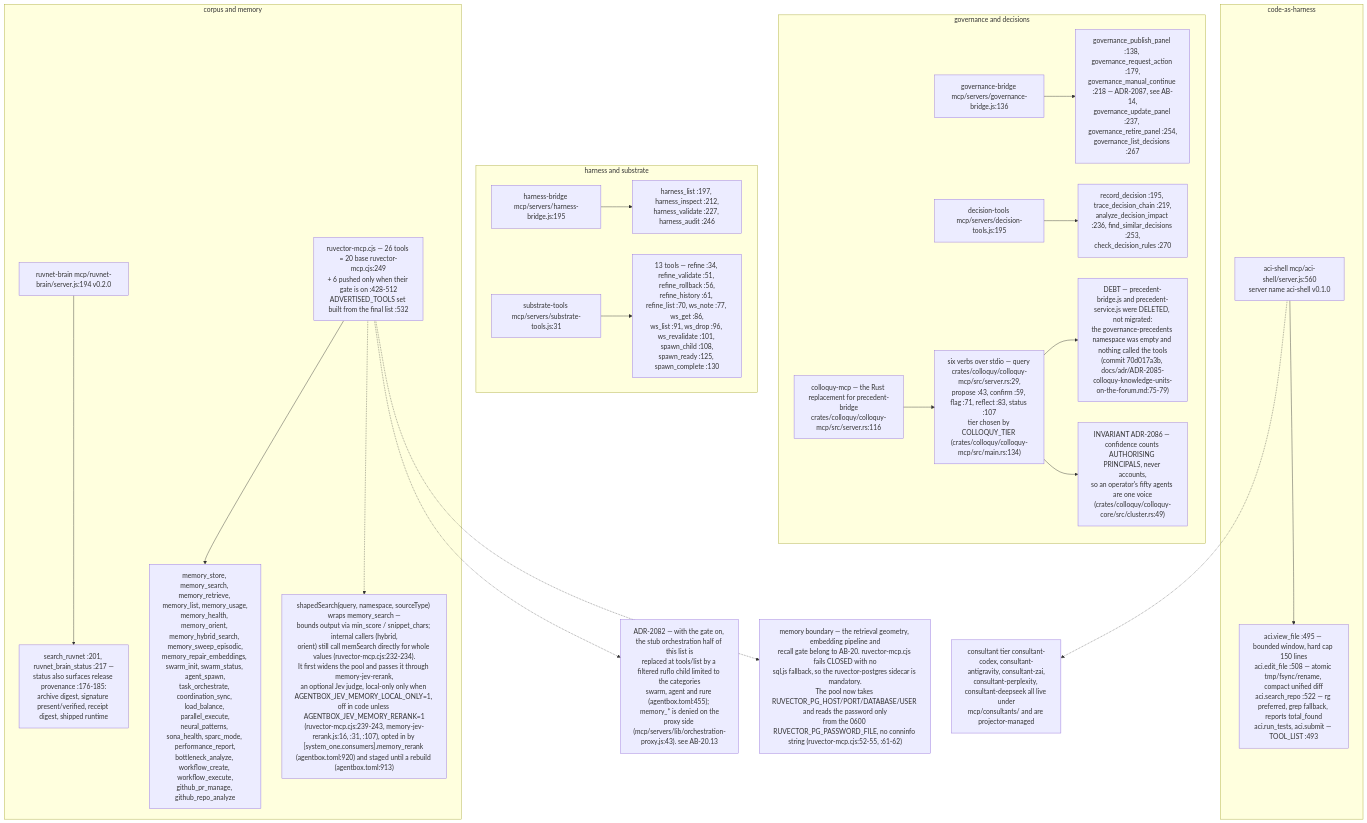
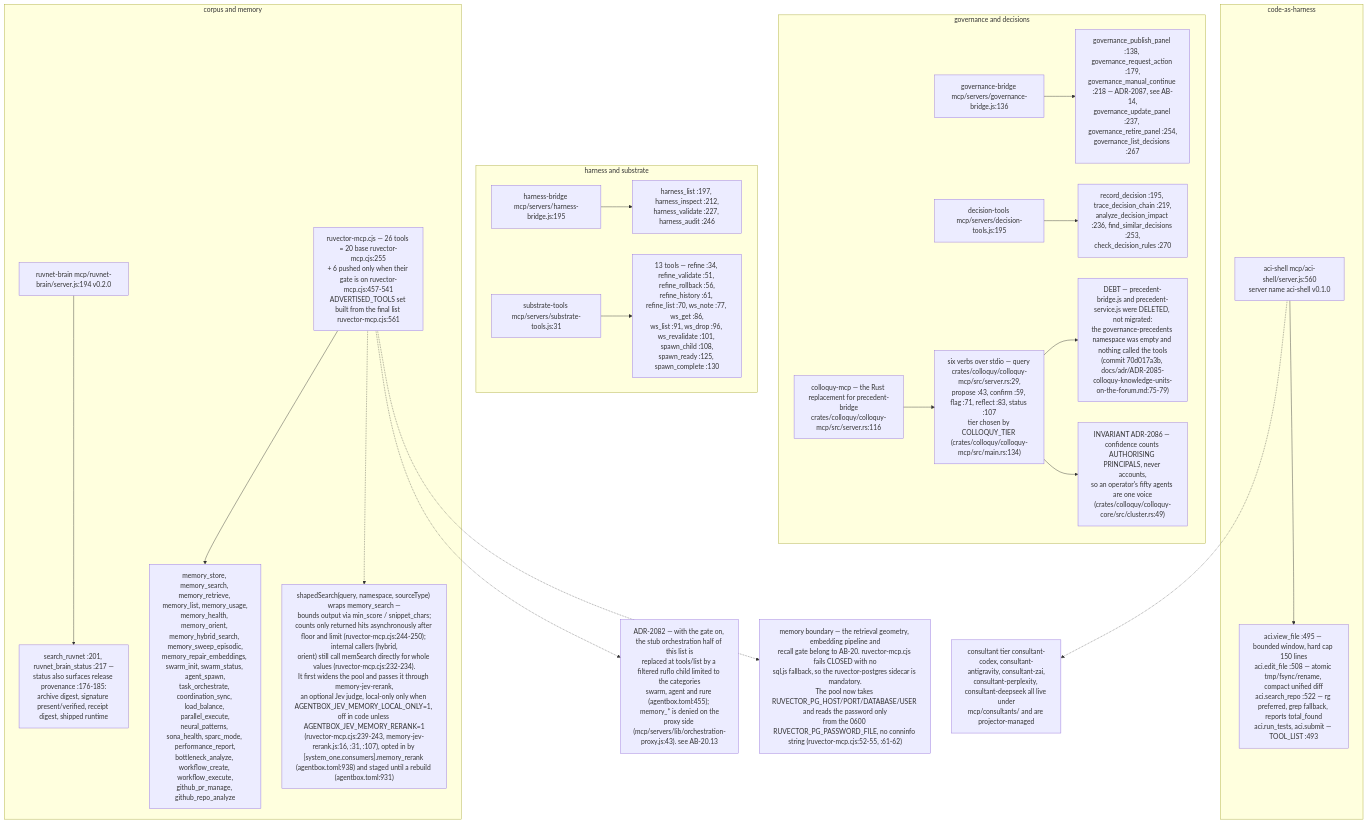
Before and after one commit to DreamLab-AI/VisionFlow: the fifth of 7 diagrams in docs/diagrams/agentbox/09-mcp-servers-catalogue.md, drawn with Mermaid. The commit also changed other lines of this file and 7 other files, not shown here.

````diff
--- a/docs/diagrams/agentbox/09-mcp-servers-catalogue.md
+++ b/docs/diagrams/agentbox/09-mcp-servers-catalogue.md
@@ -163,26 +162,26 @@
 ```mermaid
 flowchart TB
     subgraph CODE["code-as-harness"]
         A["aci-shell mcp/aci-shell/server.js:560<br/>server name aci-shell v0.1.0"]
         A --> AT["aci.view_file :495 — bounded window, hard cap 150 lines<br/>aci.edit_file :508 — atomic tmp/fsync/rename, compact unified diff<br/>aci.search_repo :522 — rg preferred, grep fallback, reports total_found<br/>aci.run_tests, aci.submit — TOOL_LIST :493"]
     end
     subgraph GOV["governance and decisions"]
         D["governance-bridge mcp/servers/governance-bridge.js:136"] --> DT["governance_publish_panel :138, governance_request_action :179,<br/>governance_manual_continue :218 — ADR-2087, see AB-14,<br/>governance_update_panel :237, governance_retire_panel :254,<br/>governance_list_decisions :267"]
         E["decision-tools mcp/servers/decision-tools.js:195"] --> ET["record_decision :195, trace_decision_chain :219,<br/>analyze_decision_impact :236, find_similar_decisions :253,<br/>check_decision_rules :270"]
         F["colloquy-mcp — the Rust replacement for precedent-bridge<br/>crates/colloquy/colloquy-mcp/src/server.rs:116"] --> FT["six verbs over stdio — query crates/colloquy/colloquy-mcp/src/server.rs:29,<br/>propose :43, confirm :59, flag :71, reflect :83, status :107<br/>tier chosen by COLLOQUY_TIER (crates/colloquy/colloquy-mcp/src/main.rs:134)"]
         FT --> FR["DEBT — precedent-bridge.js and precedent-service.js were DELETED, not migrated:<br/>the governance-precedents namespace was empty and nothing called the tools<br/>(commit 70d017a3b, docs/adr/ADR-2085-colloquy-knowledge-units-on-the-forum.md:75-79)"]
         FT --> FI["INVARIANT ADR-2086 — confidence counts AUTHORISING PRINCIPALS, never accounts,<br/>so an operator's fifty agents are one voice<br/>(crates/colloquy/colloquy-core/src/cluster.rs:49)"]
     end
     subgraph HARN["harness and substrate"]
         G["harness-bridge mcp/servers/harness-bridge.js:195"] --> GT["harness_list :197, harness_inspect :212,<br/>harness_validate :227, harness_audit :246"]
         H["substrate-tools mcp/servers/substrate-tools.js:31"] --> HT["13 tools — refine :34, refine_validate :51, refine_rollback :56,<br/>refine_history :61, refine_list :70, ws_note :77, ws_get :86,<br/>ws_list :91, ws_drop :96, ws_revalidate :101, spawn_child :108,<br/>spawn_ready :125, spawn_complete :130"]
     end
     subgraph KB["corpus and memory"]
         I["ruvnet-brain mcp/ruvnet-brain/server.js:194 v0.2.0"] --> IT["search_ruvnet :201, ruvnet_brain_status :217 —<br/>status also surfaces release provenance :176-185:<br/>archive digest, signature present/verified, receipt digest, shipped runtime"]
-        J["ruvector-mcp.cjs — 26 tools = 20 base ruvector-mcp.cjs:249<br/>+ 6 pushed only when their gate is on :428-512<br/>ADVERTISED_TOOLS set built from the final list :532"] --> JT["memory_store, memory_search, memory_retrieve, memory_list, memory_usage,<br/>memory_health, memory_orient, memory_hybrid_search, memory_sweep_episodic,<br/>memory_repair_embeddings, swarm_init, swarm_status, agent_spawn,<br/>task_orchestrate, coordination_sync, load_balance, parallel_execute,<br/>neural_patterns, sona_health, sparc_mode, performance_report,<br/>bottleneck_analyze, workflow_create, workflow_execute,<br/>github_pr_manage, github_repo_analyze"]
-        J -.-> JS["shapedSearch(query, namespace, sourceType) wraps memory_search —<br/>bounds output via min_score / snippet_chars; internal callers (hybrid,<br/>orient) still call memSearch directly for whole values (ruvector-mcp.cjs:232-234).<br/>It first widens the pool and passes it through memory-jev-rerank,<br/>an optional Jev judge, local-only only when AGENTBOX_JEV_MEMORY_LOCAL_ONLY=1, off in code unless AGENTBOX_JEV_MEMORY_RERANK=1<br/>(ruvector-mcp.cjs:239-243, memory-jev-rerank.js:16, :31, :107), opted in by [system_one.consumers].memory_rerank (agentbox.toml:920) and staged until a rebuild (agentbox.toml:913)"]
+        J["ruvector-mcp.cjs — 26 tools = 20 base ruvector-mcp.cjs:255<br/>+ 6 pushed only when their gate is on ruvector-mcp.cjs:457-541<br/>ADVERTISED_TOOLS set built from the final list ruvector-mcp.cjs:561"] --> JT["memory_store, memory_search, memory_retrieve, memory_list, memory_usage,<br/>memory_health, memory_orient, memory_hybrid_search, memory_sweep_episodic,<br/>memory_repair_embeddings, swarm_init, swarm_status, agent_spawn,<br/>task_orchestrate, coordination_sync, load_balance, parallel_execute,<br/>neural_patterns, sona_health, sparc_mode, performance_report,<br/>bottleneck_analyze, workflow_create, workflow_execute,<br/>github_pr_manage, github_repo_analyze"]
+        J -.-> JS["shapedSearch(query, namespace, sourceType) wraps memory_search —<br/>bounds output via min_score / snippet_chars;<br/>counts only returned hits asynchronously after floor and limit (ruvector-mcp.cjs:244-250); internal callers (hybrid,<br/>orient) still call memSearch directly for whole values (ruvector-mcp.cjs:232-234).<br/>It first widens the pool and passes it through memory-jev-rerank,<br/>an optional Jev judge, local-only only when AGENTBOX_JEV_MEMORY_LOCAL_ONLY=1, off in code unless AGENTBOX_JEV_MEMORY_RERANK=1<br/>(ruvector-mcp.cjs:239-243, memory-jev-rerank.js:16, :31, :107), opted in by [system_one.consumers].memory_rerank (agentbox.toml:938) and staged until a rebuild (agentbox.toml:931)"]
     end
     J -.-> RVO["ADR-2082 — with the gate on, the stub orchestration half of this list is<br/>replaced at tools/list by a filtered ruflo child limited to the categories<br/>swarm, agent and rure (agentbox.toml:455); memory_* is denied on the<br/>proxy side (mcp/servers/lib/orchestration-proxy.js:43). see AB-20.13"]
     J -.-> RVB["memory boundary — the retrieval geometry, embedding pipeline and<br/>recall gate belong to AB-20. ruvector-mcp.cjs fails CLOSED with no<br/>sql.js fallback, so the ruvector-postgres sidecar is mandatory.<br/>The pool now takes RUVECTOR_PG_HOST/PORT/DATABASE/USER and reads the password only<br/>from the 0600 RUVECTOR_PG_PASSWORD_FILE, no conninfo string (ruvector-mcp.cjs:52-55, :61-62)"]
     A -.-> AB["consultant tier consultant-codex, consultant-antigravity, consultant-zai,<br/>consultant-perplexity, consultant-deepseek all live under<br/>mcp/consultants/ and are projector-managed"]
 ```
````
